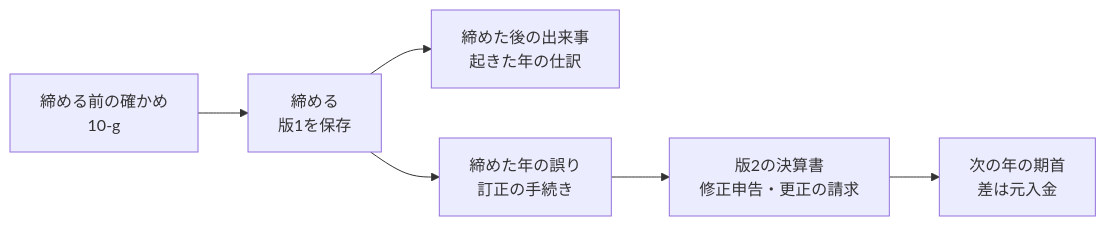
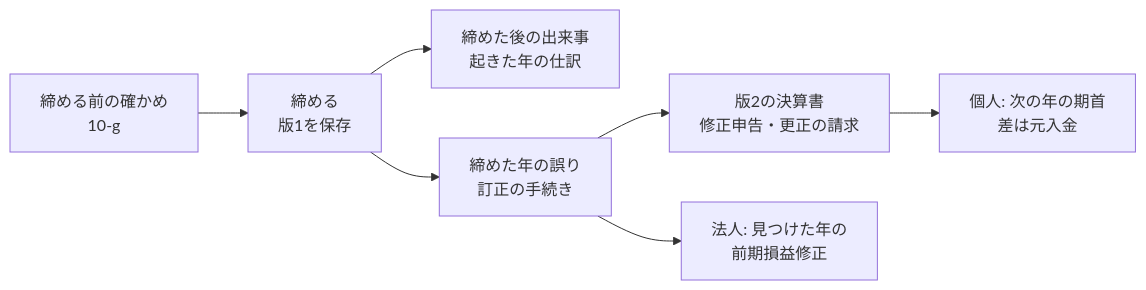
Before and after one commit to ChocoWork/o_official: the third of 8 diagrams in docs/superpowers/specs/2026-11-03-accounting-redesign-design.md, drawn with Mermaid. The commit also changed other lines of this file, not shown here.

````diff
--- a/docs/superpowers/specs/2026-11-03-accounting-redesign-design.md
+++ b/docs/superpowers/specs/2026-11-03-accounting-redesign-design.md
@@ -716,8 +717,9 @@
 ```mermaid
 flowchart LR
     A["締める前の確かめ<br>10-g"] --> B["締める<br>版1を保存"]
     B --> C["締めた後の出来事<br>起きた年の仕訳"]
     B --> D["締めた年の誤り<br>訂正の手続き"]
     D --> E["版2の決算書<br>修正申告・更正の請求"]
-    E --> F["次の年の期首<br>差は元入金"]
+    E --> F["個人: 次の年の期首<br>差は元入金"]
+    D --> G["法人: 見つけた年の<br>前期損益修正"]
 ```
````
